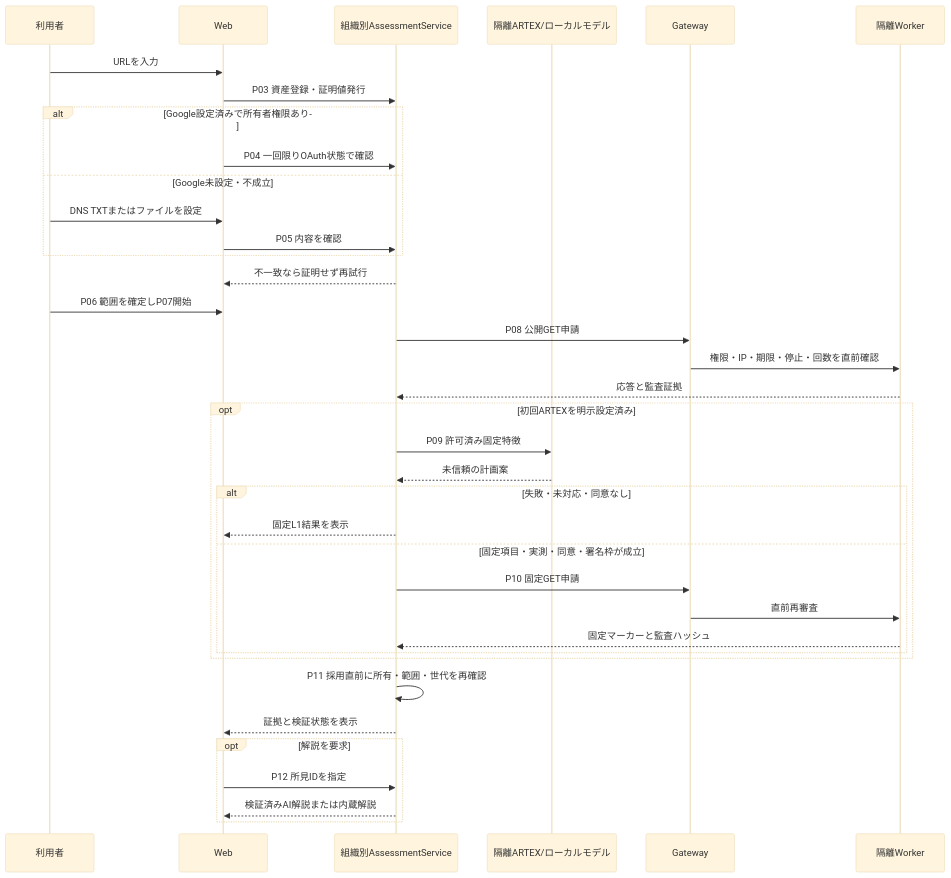
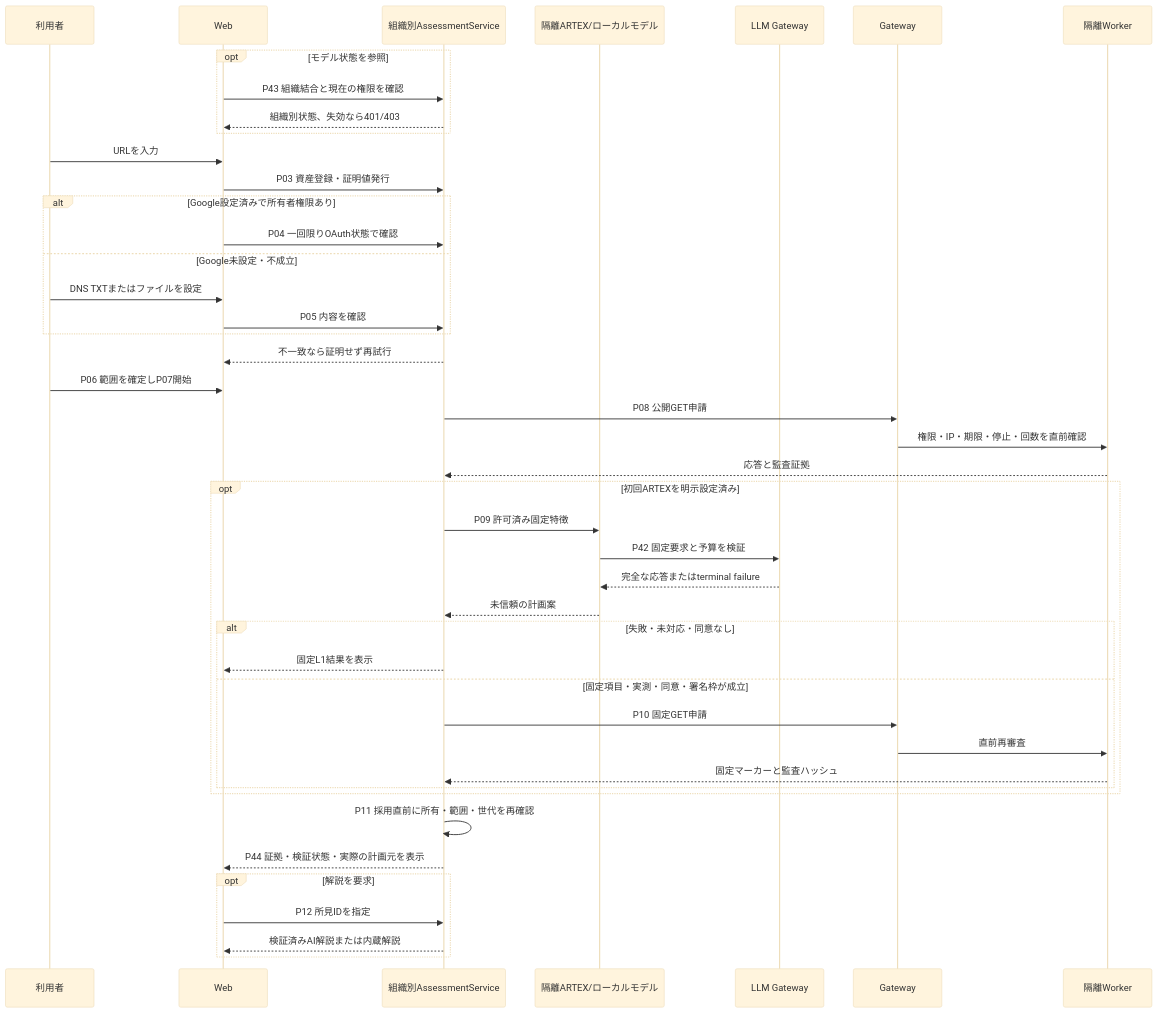
The second of 4 diagrams in docs/CURRENT_FLOW.md (FORIFOR/Vulnix), drawn with Mermaid (base theme) before and after one commit. The commit also changed other lines of this file and 5 other files, not shown here.

Commit message:
Refresh PR85 flow inventory and trust boundaries

````diff
--- a/docs/CURRENT_FLOW.md
+++ b/docs/CURRENT_FLOW.md
@@ -81,39 +87,46 @@
 ```mermaid
 sequenceDiagram
   participant U as 利用者
   participant UI as Web
   participant S as 組織別AssessmentService
   participant A as 隔離ARTEX/ローカルモデル
+  participant L as LLM Gateway
   participant G as Gateway
   participant W as 隔離Worker
+  opt モデル状態を参照
+    UI->>S: P43 組織結合と現在の権限を確認
+    S-->>UI: 組織別状態、失効なら401/403
+  end
   U->>UI: URLを入力
   UI->>S: P03 資産登録・証明値発行
   alt Google設定済みで所有者権限あり
     UI->>S: P04 一回限りOAuth状態で確認
   else Google未設定・不成立
     U->>UI: DNS TXTまたはファイルを設定
     UI->>S: P05 内容を確認
   end
   S-->>UI: 不一致なら証明せず再試行
   U->>UI: P06 範囲を確定しP07開始
   S->>G: P08 公開GET申請
   G->>W: 権限・IP・期限・停止・回数を直前確認
   W-->>S: 応答と監査証拠
   opt 初回ARTEXを明示設定済み
     S->>A: P09 許可済み固定特徴
+    A->>L: P42 固定要求と予算を検証
+    L-->>A: 完全な応答またはterminal failure
     A-->>S: 未信頼の計画案
     alt 失敗・未対応・同意なし
       S-->>UI: 固定L1結果を表示
     else 固定項目・実測・同意・署名枠が成立
       S->>G: P10 固定GET申請
       G->>W: 直前再審査
       W-->>S: 固定マーカーと監査ハッシュ
     end
   end
   S->>S: P11 採用直前に所有・範囲・世代を再確認
-  S-->>UI: 証拠と検証状態を表示
+  S-->>UI: P44 証拠・検証状態・実際の計画元を表示
   opt 解説を要求
     UI->>S: P12 所見IDを指定
     S-->>UI: 検証済みAI解説または内蔵解説
   end
 ```
````
